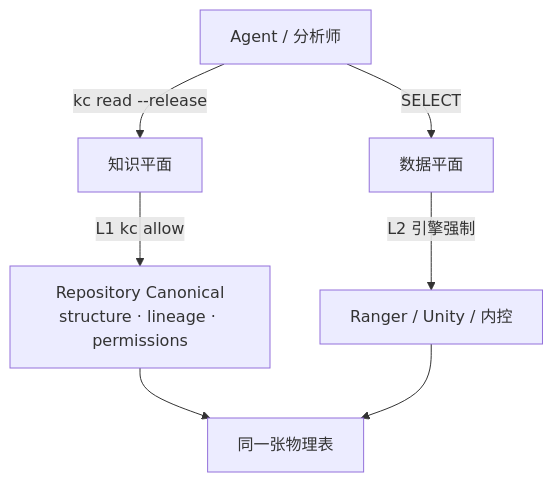
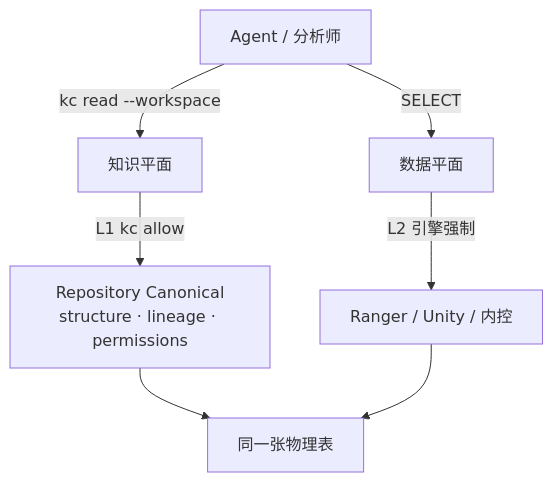
Diagram 11 of 17 in docs/KNOWLEDGE_CATALOG_DESIGN.md (AlexKaiqi/knowledge-catalog), drawn with Mermaid before and after one commit. The commit also changed other lines of this file and 183 other files, not shown here.

````diff
--- a/docs/KNOWLEDGE_CATALOG_DESIGN.md
+++ b/docs/KNOWLEDGE_CATALOG_DESIGN.md
@@ -765,11 +767,11 @@
 ```mermaid
 %% diagram:knowledge-vs-data-plane
 flowchart TB
   Agent["Agent / 分析师"]
-  Agent -->|"kc read --release"| Know["知识平面"]
+  Agent -->|"kc read --workspace"| Know["知识平面"]
   Agent -->|"SELECT"| Data["数据平面"]
   Know -->|"L1 kc allow"| Repo["Repository Canonical<br/>structure · lineage · permissions"]
   Data -->|"L2 引擎强制"| Eng["Ranger / Unity / 内控"]
   Repo --> T["同一张物理表"]
   Eng --> T
 ```
````
